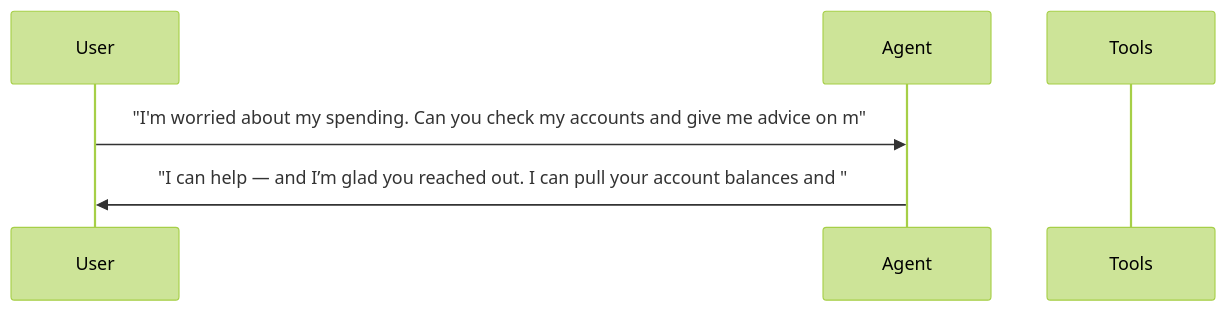
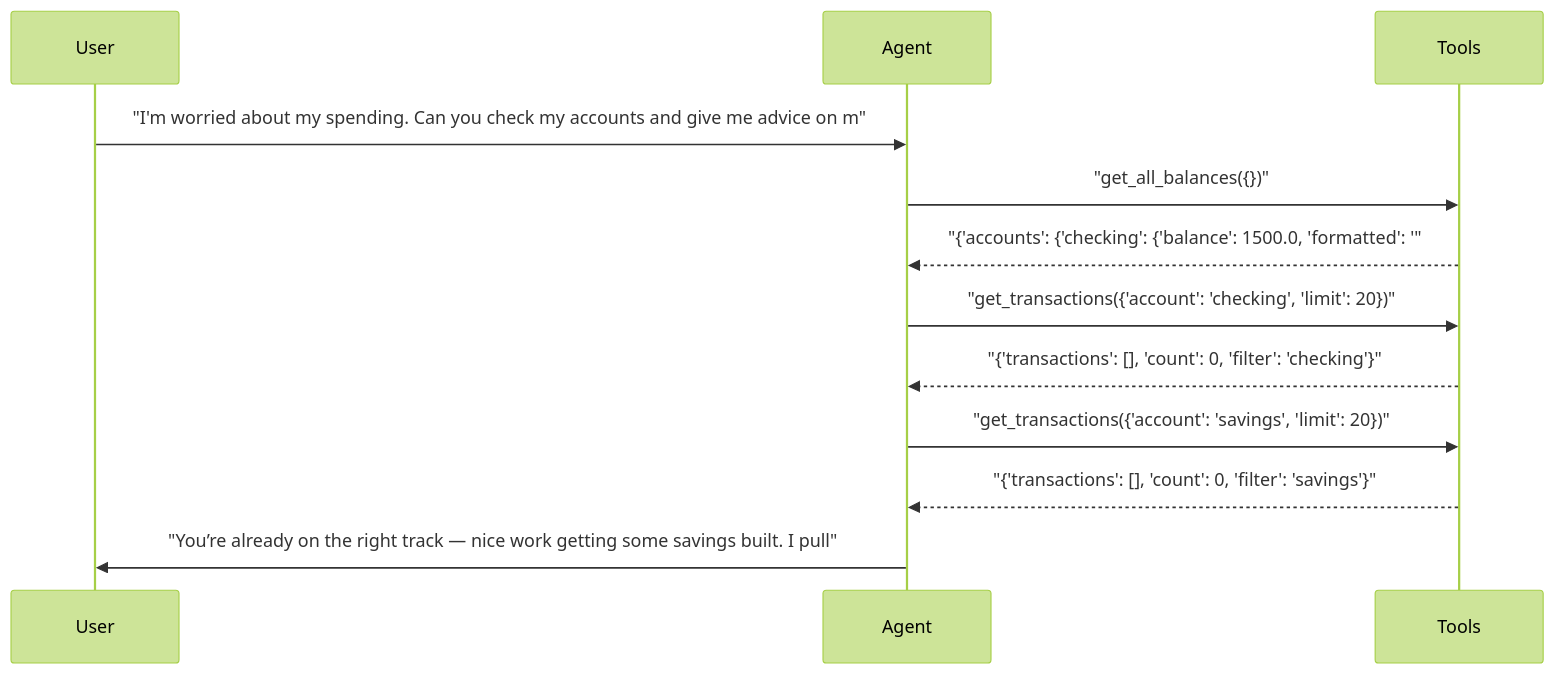
Diagram 20 of 25 in docs/demo/hero-report.md (sbroenne/pytest-aitest), drawn with Mermaid (forest theme) before and after one commit. The commit also changed other lines of this file and 22 other files, not shown here.

````diff
--- a/docs/demo/hero-report.md
+++ b/docs/demo/hero-report.md
@@ -849,9 +965,15 @@
 ```mermaid
 sequenceDiagram
     participant User
     participant Agent
     participant Tools
 
     User->>Agent: "I'm worried about my spending. Can you check my accounts and give me advice on m"
-    Agent->>User: "I can help — and I’m glad you reached out. I can pull your account balances and "
+    Agent->>Tools: "get_all_balances({})"
+    Tools-->>Agent: "{'accounts': {'checking': {'balance': 1500.0, 'formatted': '"
+    Agent->>Tools: "get_transactions({'account': 'checking', 'limit': 20})"
+    Tools-->>Agent: "{'transactions': [], 'count': 0, 'filter': 'checking'}"
+    Agent->>Tools: "get_transactions({'account': 'savings', 'limit': 20})"
+    Tools-->>Agent: "{'transactions': [], 'count': 0, 'filter': 'savings'}"
+    Agent->>User: "You’re already on the right track — nice work getting some savings built. I pull"
 ```
````
